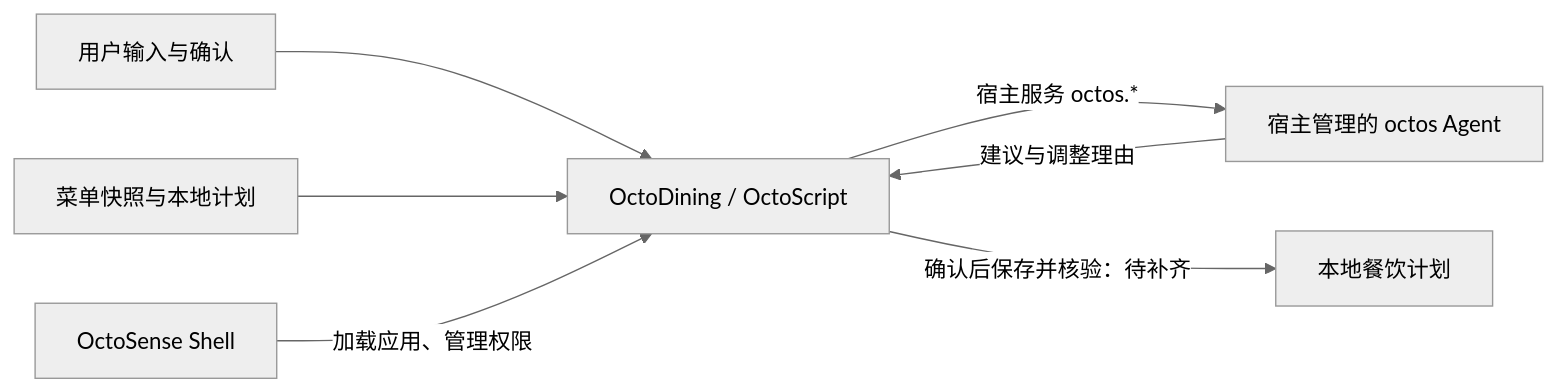
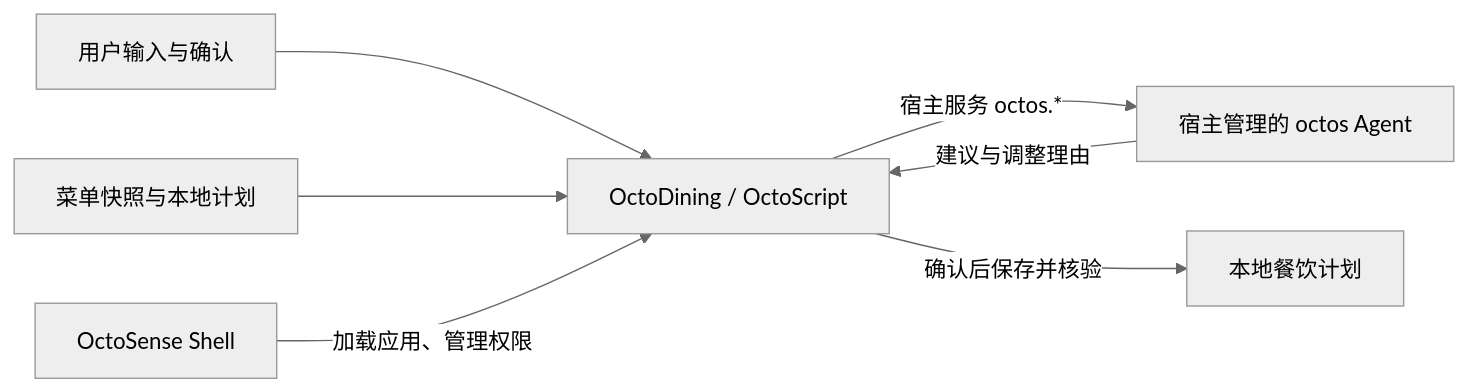
The diagram in README.md (windy664/OctoDining), drawn with Mermaid (neutral theme) before and after one commit. The commit also changed other lines of this file and 11 other files, not shown here.

````diff
--- a/README.md
+++ b/README.md
@@ -28,9 +28,9 @@
 ```mermaid
 flowchart LR
     User[用户输入与确认] --> App[OctoDining / OctoScript]
     Menu[菜单快照与本地计划] --> App
     Shell[OctoSense Shell] -->|加载应用、管理权限| App
     App -->|宿主服务 octos.*| Agent[宿主管理的 octos Agent]
     Agent -->|建议与调整理由| App
-    App -->|确认后保存并核验：待补齐| Plan[本地餐饮计划]
+    App -->|确认后保存并核验| Plan[本地餐饮计划]
 ```
````
